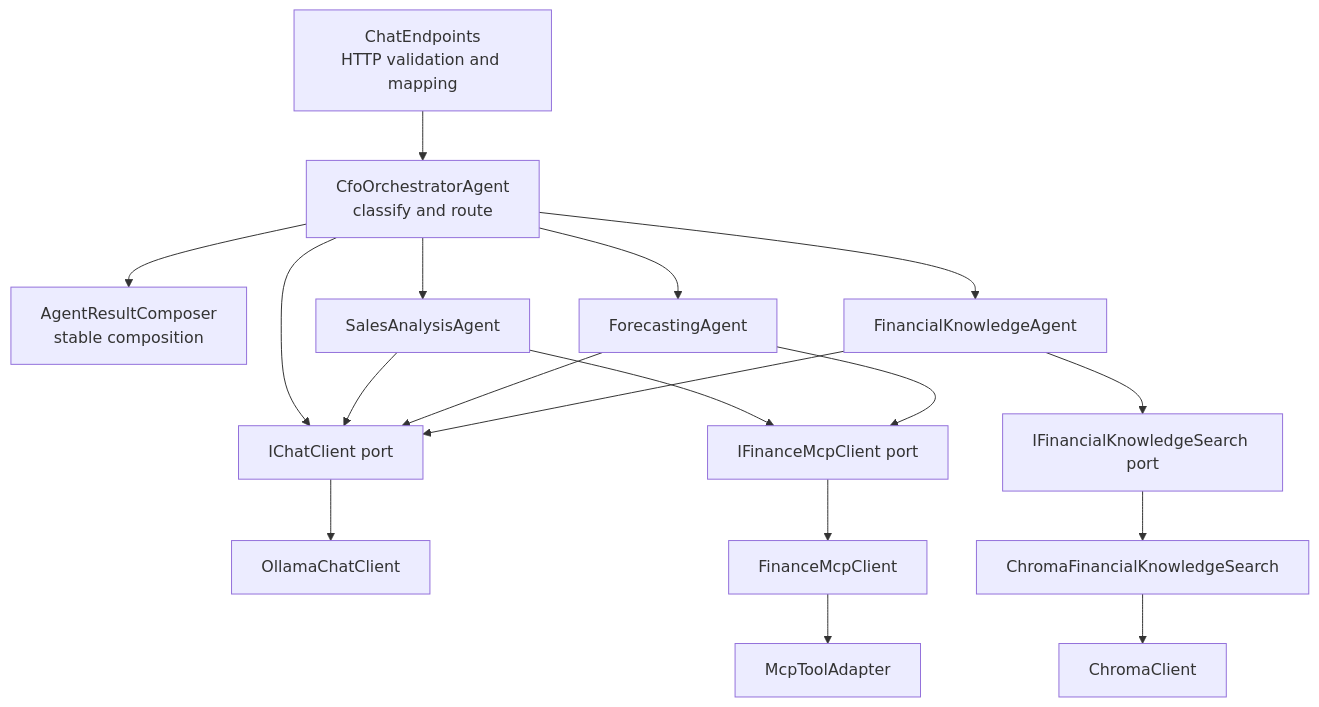
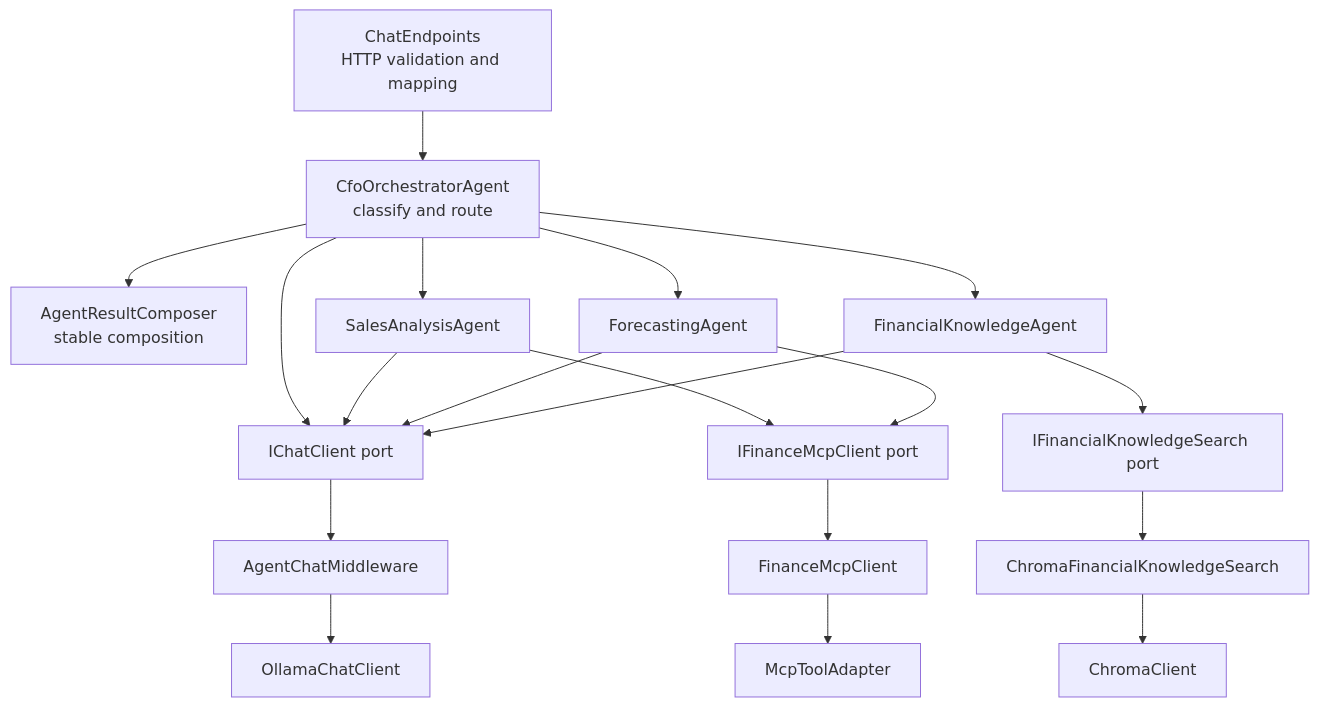
The second of 12 diagrams in APPLICATION_ARCHITECTURE.md (prabodharandima/ai_agent_cfo), drawn with Mermaid before and after one commit. The commit also changed other lines of this file and 30 other files, not shown here.

````diff
--- a/APPLICATION_ARCHITECTURE.md
+++ b/APPLICATION_ARCHITECTURE.md
@@ -132,39 +132,40 @@
 ```mermaid
 flowchart TB
     Endpoint["ChatEndpoints<br/>HTTP validation and mapping"]
     Orchestrator["CfoOrchestratorAgent<br/>classify and route"]
     Composer["AgentResultComposer<br/>stable composition"]
 
     Sales[SalesAnalysisAgent]
     Forecast[ForecastingAgent]
     Knowledge[FinancialKnowledgeAgent]
 
     ChatPort[IChatClient port]
     FinancePort[IFinanceMcpClient port]
     VectorPort[IFinancialKnowledgeSearch port]
 
+    ChatMiddleware[AgentChatMiddleware]
     Ollama[OllamaChatClient]
     FinanceClient[FinanceMcpClient]
     McpAdapter[McpToolAdapter]
     ChromaAdapter[ChromaFinancialKnowledgeSearch]
     ChromaClient[ChromaClient]
 
     Endpoint --> Orchestrator
     Orchestrator --> Sales
     Orchestrator --> Forecast
     Orchestrator --> Knowledge
     Orchestrator --> Composer
 
     Orchestrator --> ChatPort
     Sales --> ChatPort
     Forecast --> ChatPort
     Knowledge --> ChatPort
 
     Sales --> FinancePort
     Forecast --> FinancePort
     Knowledge --> VectorPort
 
-    ChatPort --> Ollama
+    ChatPort --> ChatMiddleware --> Ollama
     FinancePort --> FinanceClient --> McpAdapter
     VectorPort --> ChromaAdapter --> ChromaClient
 ```
````
